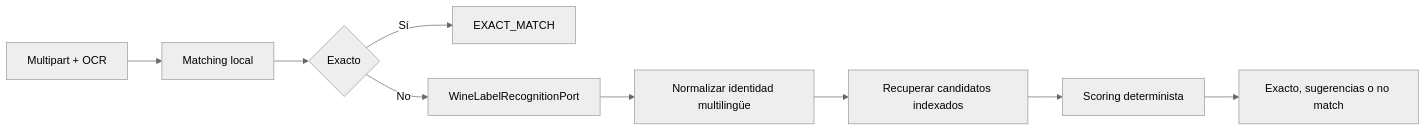
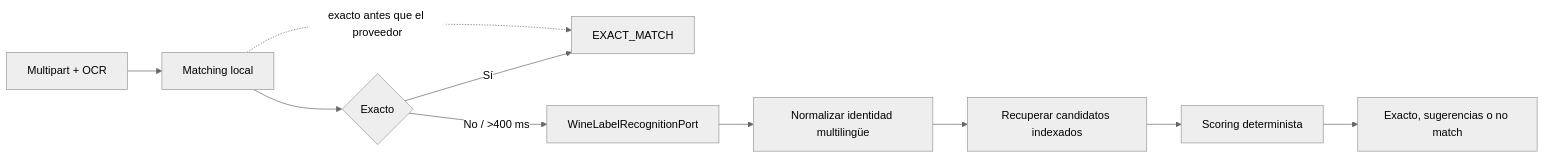
The tenth of 10 diagrams in docs/es/modules/wines/architecture.md (Bielaszczuk/vinnot-demo), drawn with Mermaid (neutral theme) before and after one commit. The commit also changed other lines of this file and 18 other files, not shown here.

````diff
--- a/docs/es/modules/wines/architecture.md
+++ b/docs/es/modules/wines/architecture.md
@@ -881,11 +883,12 @@
 ```mermaid
 flowchart LR
     MP["Multipart + OCR"] --> LOCAL["Matching local"]
     LOCAL --> FAST{"Exacto"}
     FAST -- Sí --> OUT["EXACT_MATCH"]
-    FAST -- No --> VISION["WineLabelRecognitionPort"]
+    FAST -- "No / >400 ms" --> VISION["WineLabelRecognitionPort"]
+    LOCAL -.->|"exacto antes que el proveedor"| OUT
     VISION --> NORMALIZE["Normalizar identidad multilingüe"]
     NORMALIZE --> RETRIEVE["Recuperar candidatos indexados"]
     RETRIEVE --> SCORE["Scoring determinista"]
     SCORE --> DECIDE["Exacto, sugerencias o no match"]
 ```
````
